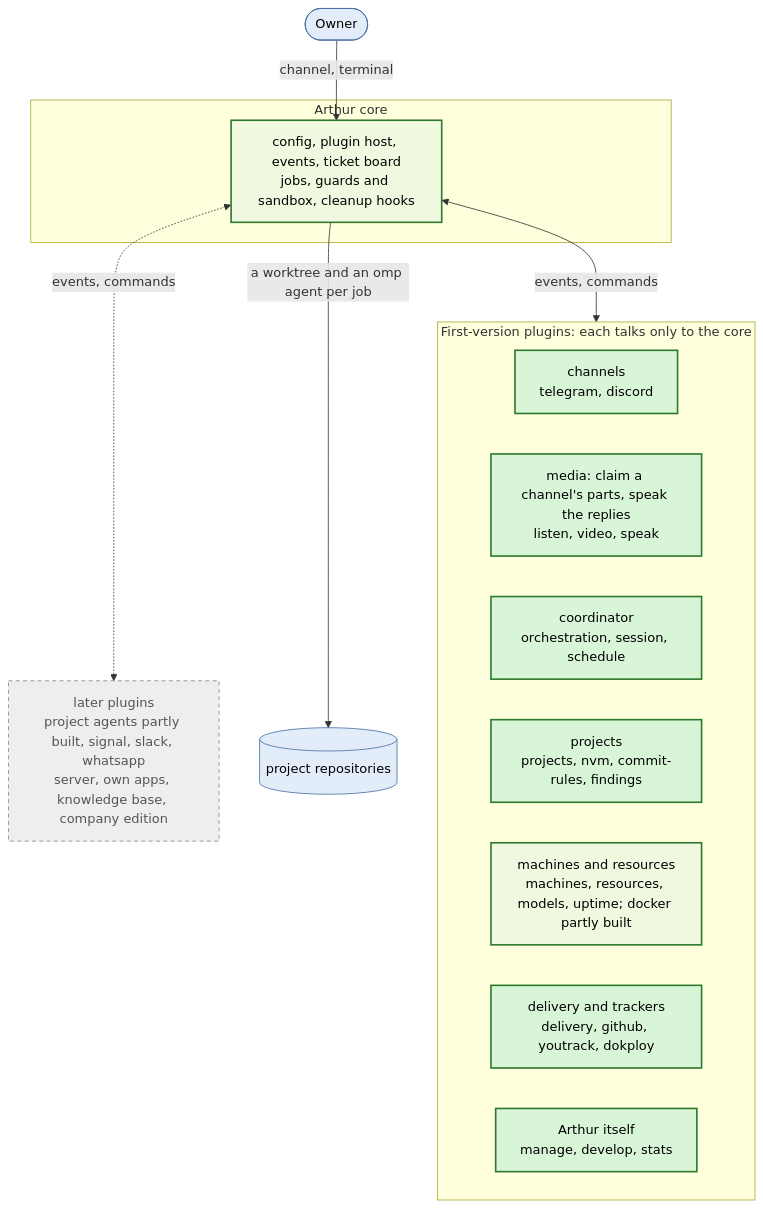
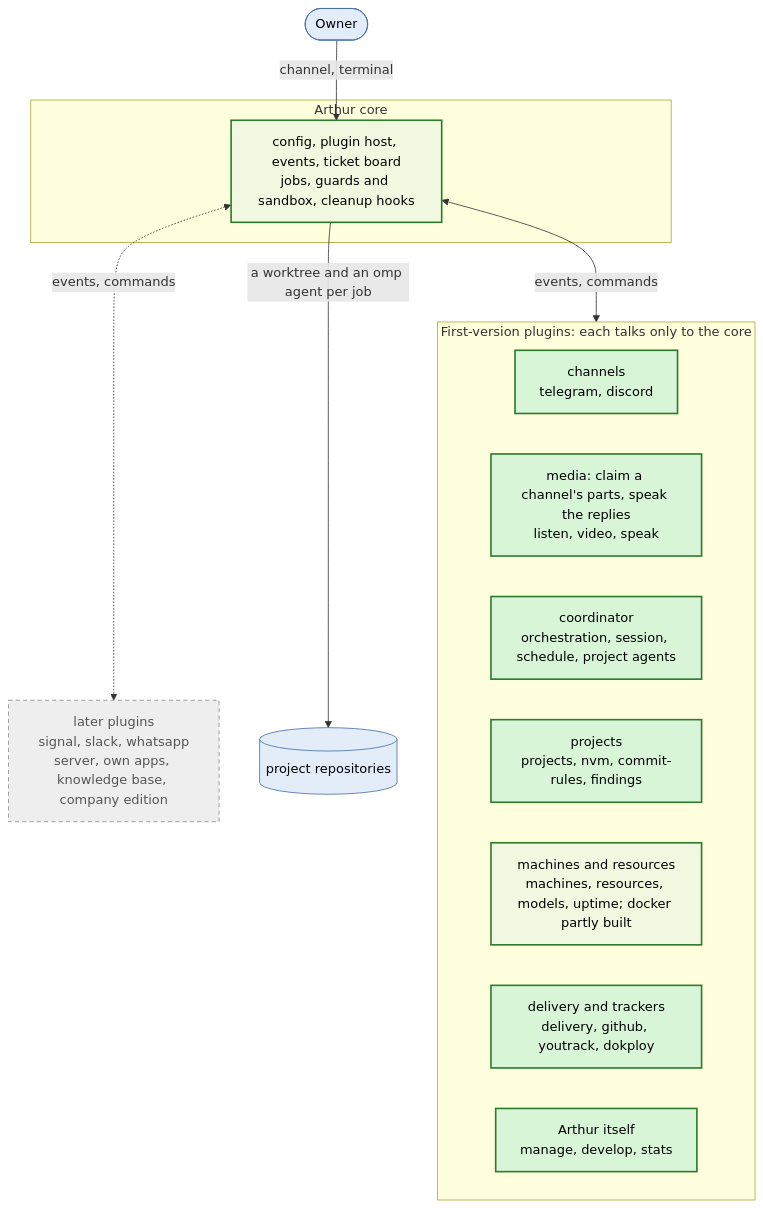
Before and after one commit to kacperadler/arthur: the diagram in README.md, drawn with Mermaid. The commit also changed other lines of this file and 3 other files, not shown here.

Commit message:
docs(AR0708): project agents built in the README, diagram, roadmap

````diff
--- a/README.md
+++ b/README.md
@@ -62,28 +62,28 @@
 ```mermaid
 flowchart TD
   owner([Owner]) -->|channel, terminal| core
   subgraph CORE[Arthur core]
     core[config, plugin host, events, ticket board<br/>jobs, guards and sandbox, cleanup hooks]
   end
   subgraph FIRST[First-version plugins: each talks only to the core]
     chan[channels<br/>telegram, discord]
     media[media: claim a channel's parts, speak the replies<br/>listen, video, speak]
-    coord[coordinator<br/>orchestration, session, schedule]
+    coord[coordinator<br/>orchestration, session, schedule, project agents]
     proj[projects<br/>projects, nvm, commit-rules, findings]
     res[machines and resources<br/>machines, resources, models, uptime; docker partly built]
     deliv[delivery and trackers<br/>delivery, github, youtrack, dokploy]
     self[Arthur itself<br/>manage, develop, stats]
   end
-  later[later plugins<br/>project agents partly built, signal, slack, whatsapp<br/>server, own apps, knowledge base, company edition]
+  later[later plugins<br/>signal, slack, whatsapp<br/>server, own apps, knowledge base, company edition]
   core <-->|events, commands| FIRST
   core <-.->|events, commands| later
   core -->|a worktree and an omp agent per job| repos[(project repositories)]
   classDef built fill:#d8f5d8,stroke:#2d7a2d,stroke-width:2px,color:#000;
   classDef partial fill:#f0f9e0,stroke:#2d7a2d,stroke-width:2px,color:#000;
   classDef planned fill:#eee,stroke:#888,stroke-dasharray:5 4,color:#555;
   classDef outside fill:#e3edfa,stroke:#4a6fa5,color:#000;
   class coord,proj,self,media,chan,deliv built;
   class core,res partial;
   class later planned;
   class owner,repos outside;
 ```
````
